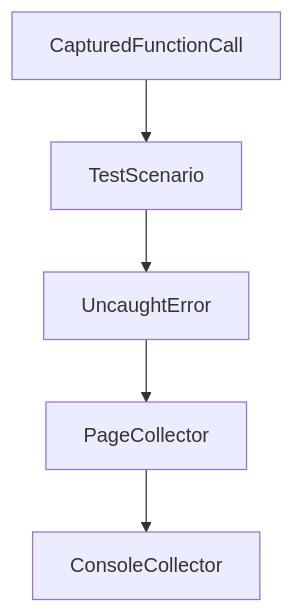
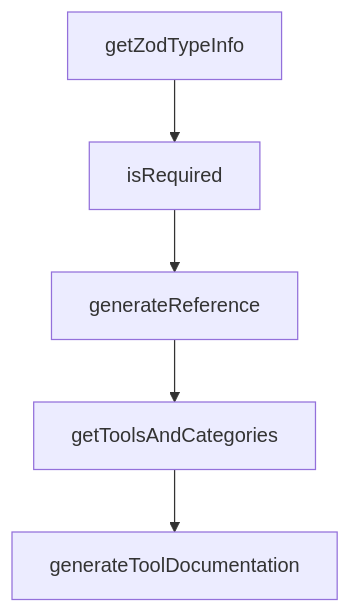
Before and after one commit to johnxie/awesome-code-docs: the diagram in tutorials/chrome-devtools-mcp-tutorial/03-client-integrations-and-setup-patterns.md, drawn with Mermaid. The commit also changed other lines of this file and 1232 other files, not shown here.

````diff
--- a/tutorials/chrome-devtools-mcp-tutorial/03-client-integrations-and-setup-patterns.md
+++ b/tutorials/chrome-devtools-mcp-tutorial/03-client-integrations-and-setup-patterns.md
@@ -212,12 +210,12 @@
 ```mermaid
 flowchart TD
-    A[CapturedFunctionCall]
-    B[TestScenario]
-    C[UncaughtError]
-    D[PageCollector]
-    E[ConsoleCollector]
+    A[getZodTypeInfo]
+    B[isRequired]
+    C[generateReference]
+    D[getToolsAndCategories]
+    E[generateToolDocumentation]
     A --> B
     B --> C
     C --> D
     D --> E
 ```
````
